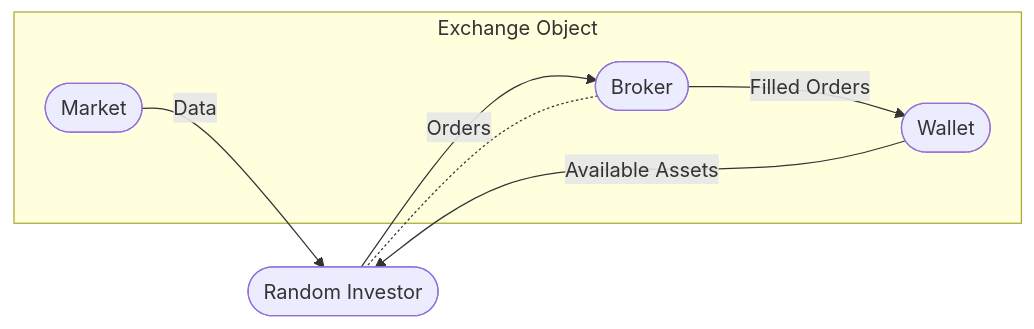
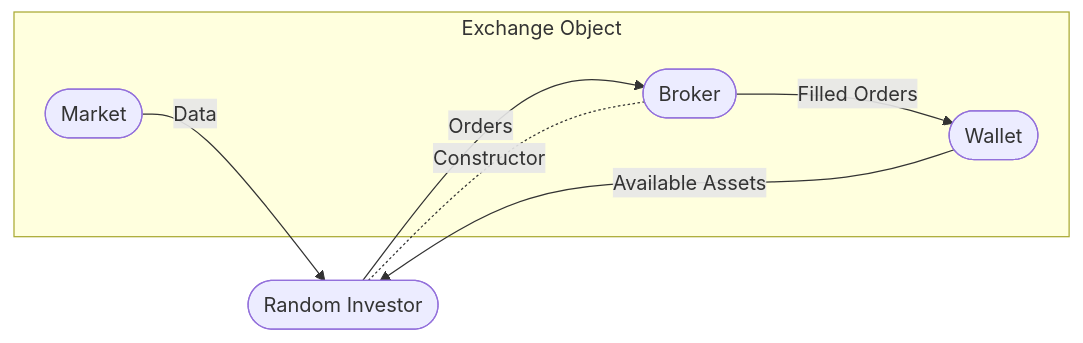
Before and after one commit to magi-1/lattice: the second of 2 diagrams in README.md, drawn with Mermaid.

`````diff
--- a/README.md
+++ b/README.md
@@ -34,18 +34,18 @@
 ```mermaid
 
 flowchart LR
 
     id1([Random Investor])
 
     subgraph Exchange Object
     id2([Broker])
     id3([Wallet])
     id4([Market])
     end
 
     id1-->|Orders| id2
     id3-->|Available Assets| id1
     id4-->|Data| id1
     id2-->|Filled Orders| id3
-    id2-.-id1
+    id2-.-|Constructor| id1
 ````
`````
